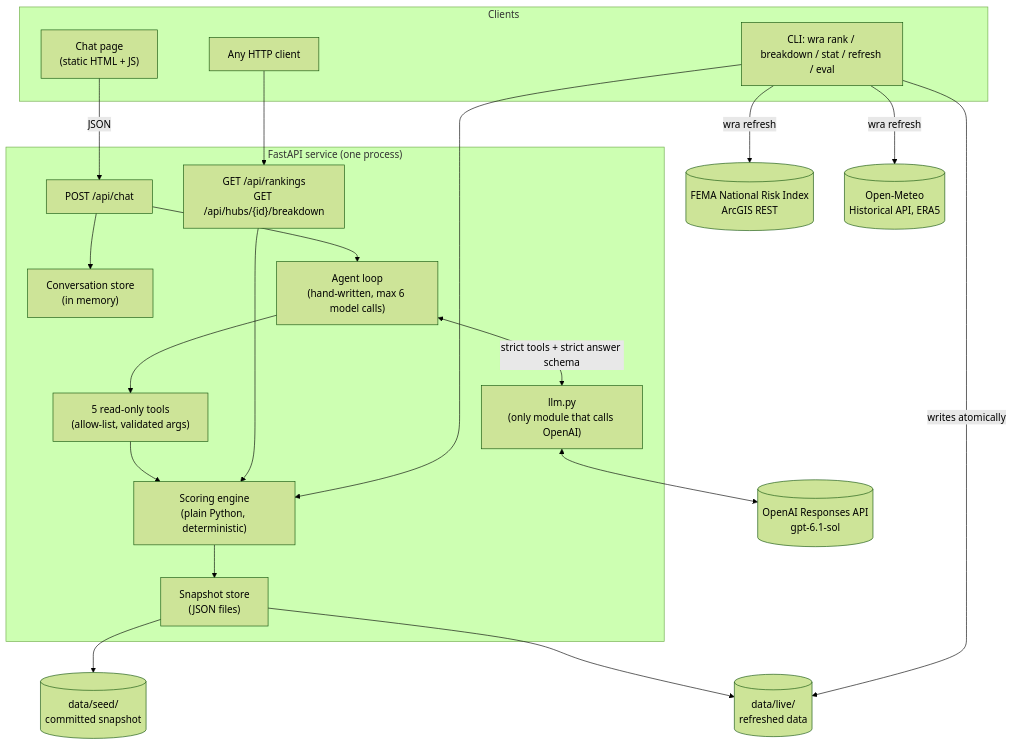
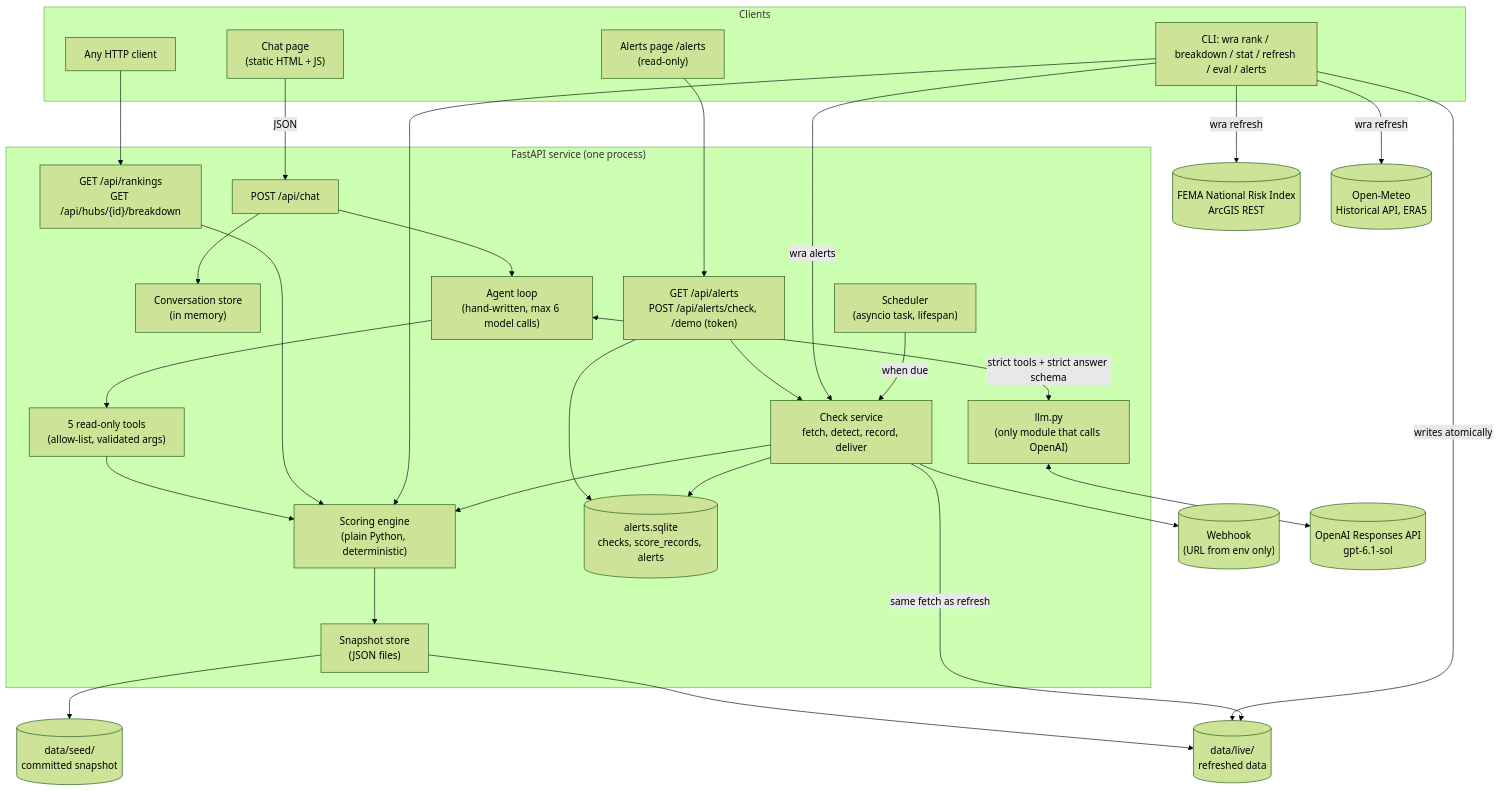
The diagram in docs/architecture.md (Slaharog/weather-risk-agent), drawn with Mermaid (forest theme) before and after one commit. The commit also changed other lines of this file and 1 other file, not shown here.

Commit message:
docs: README and architecture for risk-change alerts and Railway (T222, part 1)

````diff
--- a/docs/architecture.md
+++ b/docs/architecture.md
@@ -7,42 +7,58 @@
 ```mermaid
 flowchart TB
     subgraph Clients
         UI["Chat page<br/>(static HTML + JS)"]
-        CLI["CLI: wra rank / breakdown / stat / refresh / eval"]
+        ALERTPAGE["Alerts page /alerts<br/>(read-only)"]
+        CLI["CLI: wra rank / breakdown / stat / refresh / eval / alerts"]
         API_USER["Any HTTP client"]
     end
 
     subgraph Service["FastAPI service (one process)"]
         CHAT["POST /api/chat"]
         RANK["GET /api/rankings<br/>GET /api/hubs/{id}/breakdown"]
         CONV["Conversation store<br/>(in memory)"]
         LOOP["Agent loop<br/>(hand-written, max 6 model calls)"]
         TOOLS["5 read-only tools<br/>(allow-list, validated args)"]
         LLM["llm.py<br/>(only module that calls OpenAI)"]
         ENGINE["Scoring engine<br/>(plain Python, deterministic)"]
         STORE["Snapshot store<br/>(JSON files)"]
+        ALERTAPI["GET /api/alerts<br/>POST /api/alerts/check, /demo (token)"]
+        SCHED["Scheduler<br/>(asyncio task, lifespan)"]
+        CHECK["Check service<br/>fetch, detect, record, deliver"]
+        HIST[("alerts.sqlite<br/>checks, score_records, alerts")]
     end
+
+    HOOK[("Webhook<br/>(URL from env only)")]
 
     OPENAI[("OpenAI Responses API<br/>gpt-6.1-sol")]
     SEED[("data/seed/<br/>committed snapshot")]
     LIVE[("data/live/<br/>refreshed data")]
     FEMA[("FEMA National Risk Index<br/>ArcGIS REST")]
     METEO[("Open-Meteo<br/>Historical API, ERA5")]
 
     UI -->|JSON| CHAT
     API_USER --> RANK
     CHAT --> CONV
     CHAT --> LOOP
     LOOP <-->|"strict tools + strict answer schema"| LLM
     LLM <--> OPENAI
     LOOP --> TOOLS
     TOOLS --> ENGINE
     RANK --> ENGINE
     CLI --> ENGINE
     ENGINE --> STORE
     STORE --> SEED
     STORE --> LIVE
     CLI -->|"wra refresh"| FEMA
     CLI -->|"wra refresh"| METEO
     CLI -->|"writes atomically"| LIVE
+    ALERTPAGE --> ALERTAPI
+    ALERTAPI --> HIST
+    ALERTAPI --> CHECK
+    CLI -->|"wra alerts"| CHECK
+    SCHED -->|"when due"| CHECK
+    CHECK -->|"same fetch as refresh"| LIVE
+    CHECK --> ENGINE
+    CHECK --> HIST
+    CHECK --> HOOK
 ```
````
